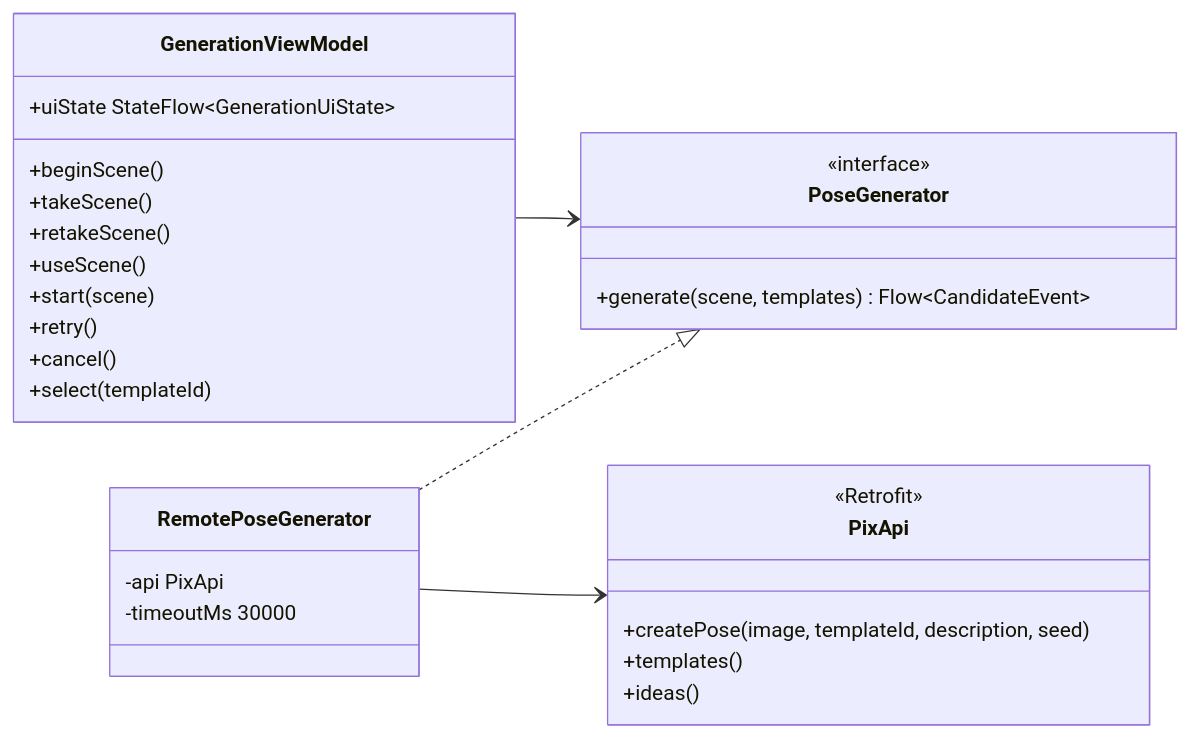
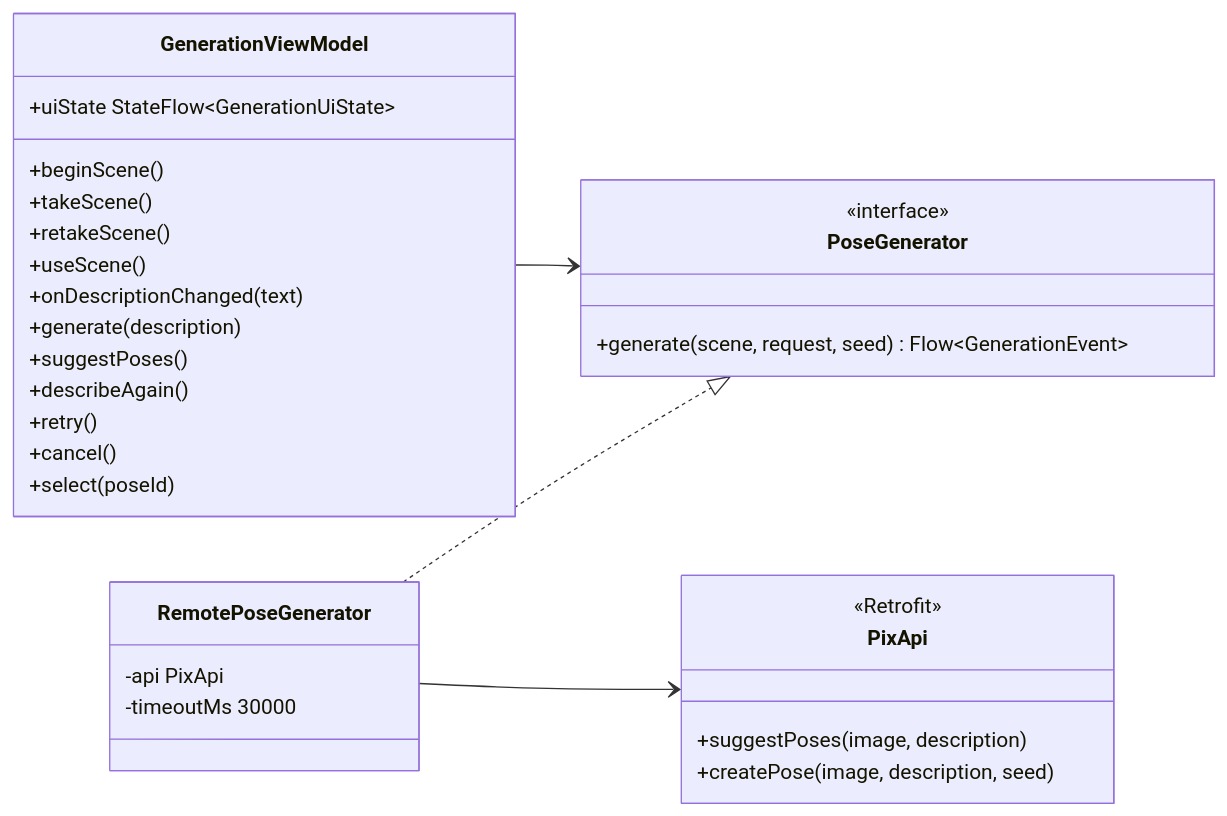
Before and after one commit to snuhcs-course/swpp-2026-project-team-10: the eighth of 12 diagrams in wiki/Design-Documentation.md, drawn with Mermaid. The commit also changed other lines of this file and 51 other files, not shown here.

Commit message:
feat: describe the pose in words or get poses suggested for the scene (#90)

````diff
--- a/wiki/Design-Documentation.md
+++ b/wiki/Design-Documentation.md
@@ -606,32 +608,34 @@
 ```mermaid
 classDiagram
   direction LR
   class GenerationViewModel {
     +uiState StateFlow~GenerationUiState~
     +beginScene()
     +takeScene()
     +retakeScene()
     +useScene()
-    +start(scene)
+    +onDescriptionChanged(text)
+    +generate(description)
+    +suggestPoses()
+    +describeAgain()
     +retry()
     +cancel()
-    +select(templateId)
+    +select(poseId)
   }
   class PoseGenerator {
     <<interface>>
-    +generate(scene, templates) Flow~CandidateEvent~
+    +generate(scene, request, seed) Flow~GenerationEvent~
   }
   class RemotePoseGenerator {
     -api PixApi
     -timeoutMs 30000
   }
   class PixApi {
     <<Retrofit>>
-    +createPose(image, templateId, description, seed)
-    +templates()
-    +ideas()
+    +suggestPoses(image, description)
+    +createPose(image, description, seed)
   }
   GenerationViewModel --> PoseGenerator
   RemotePoseGenerator ..|> PoseGenerator
   RemotePoseGenerator --> PixApi
 ```
````
